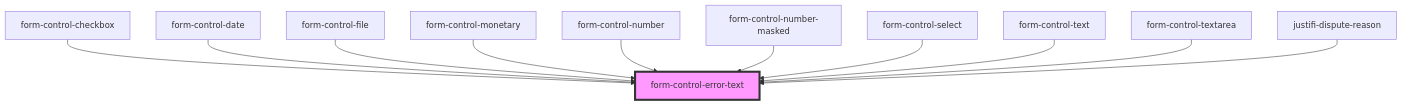
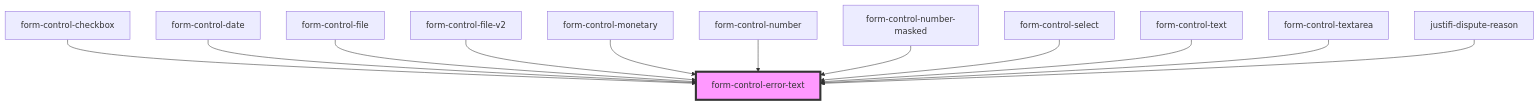
Before and after one commit to justifi-tech/web-component-library: the diagram in packages/webcomponents/src/ui-components/form/form-helpers/form-control-error-text/readme.md, drawn with Mermaid. The commit also changed other lines of this file and 3 other files, not shown here.

````diff
--- a/packages/webcomponents/src/ui-components/form/form-helpers/form-control-error-text/readme.md
+++ b/packages/webcomponents/src/ui-components/form/form-helpers/form-control-error-text/readme.md
@@ -32,14 +33,15 @@
 ```mermaid
 graph TD;
   form-control-checkbox --> form-control-error-text
   form-control-date --> form-control-error-text
   form-control-file --> form-control-error-text
+  form-control-file-v2 --> form-control-error-text
   form-control-monetary --> form-control-error-text
   form-control-number --> form-control-error-text
   form-control-number-masked --> form-control-error-text
   form-control-select --> form-control-error-text
   form-control-text --> form-control-error-text
   form-control-textarea --> form-control-error-text
   justifi-dispute-reason --> form-control-error-text
   style form-control-error-text fill:#f9f,stroke:#333,stroke-width:4px
 ```
````
